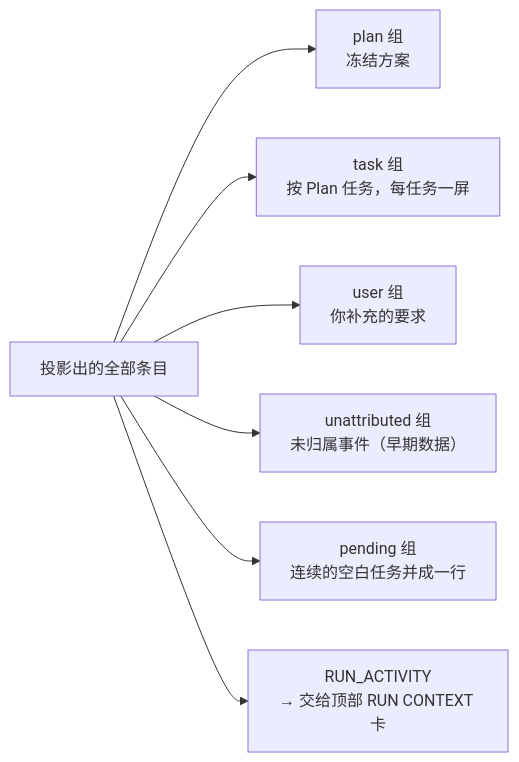
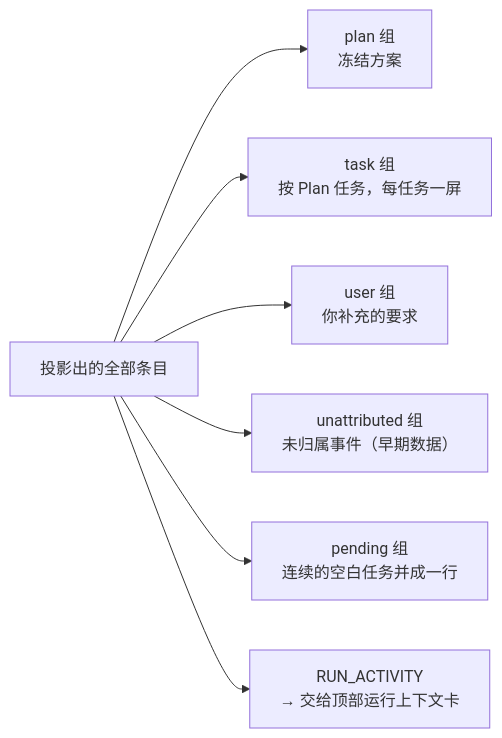
Before and after one commit to DigitalMarsh/pipeline-factory: the fifth of 10 diagrams in docs/消息类型及事件状态机流程图.md, drawn with Mermaid. The commit also changed other lines of this file and 24 other files, not shown here.

````diff
--- a/docs/消息类型及事件状态机流程图.md
+++ b/docs/消息类型及事件状态机流程图.md
@@ -452,9 +452,9 @@
 ```mermaid
 flowchart LR
   ALL["投影出的全部条目"] --> G1["plan 组<br/>冻结方案"]
   ALL --> G2["task 组<br/>按 Plan 任务，每任务一屏"]
   ALL --> G3["user 组<br/>你补充的要求"]
   ALL --> G4["unattributed 组<br/>未归属事件（早期数据）"]
   ALL --> G5["pending 组<br/>连续的空白任务并成一行"]
-  ALL --> H["RUN_ACTIVITY<br/>→ 交给顶部 RUN CONTEXT 卡"]
+  ALL --> H["RUN_ACTIVITY<br/>→ 交给顶部运行上下文卡"]
 ```
````
